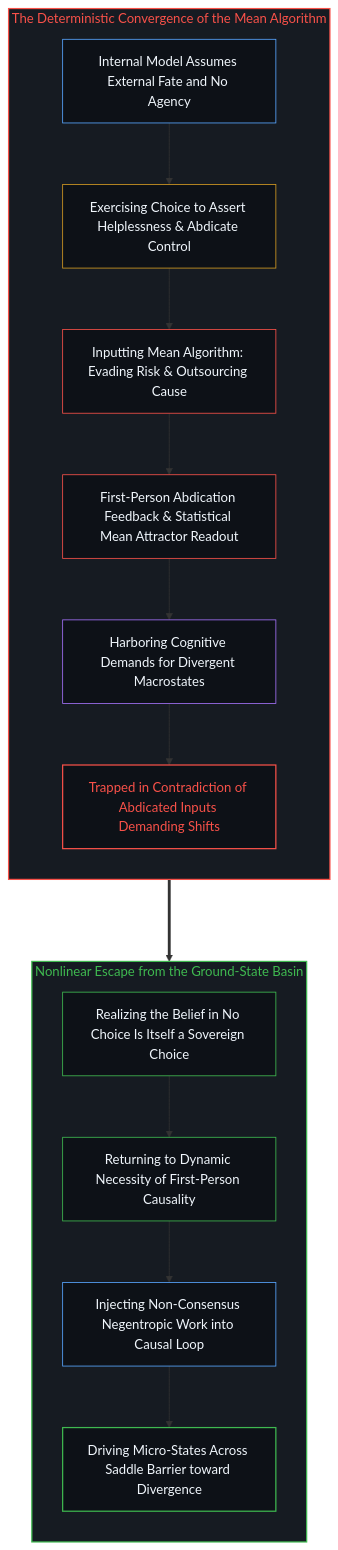
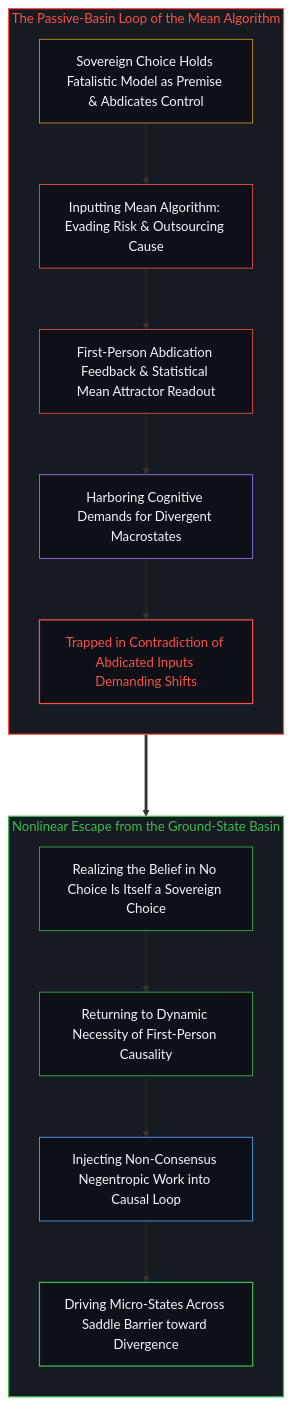
Before and after one commit to powerpig99/not-a-toe: the fourth of 10 diagrams in content/posts/the-explanatory-trap-of-the-ordinary-perspective.md, drawn with Mermaid. The commit also changed other lines of this file and 4 other files, not shown here.

````diff
--- a/content/posts/the-explanatory-trap-of-the-ordinary-perspective.md
+++ b/content/posts/the-explanatory-trap-of-the-ordinary-perspective.md
@@ -122,30 +120,28 @@
 ```mermaid
 flowchart TD
-    subgraph S_MeanAttractor_EN ["The Deterministic Convergence of the Mean Algorithm"]
+    subgraph S_MeanAttractor_EN ["The Passive-Basin Loop of the Mean Algorithm"]
         direction TB
-        ME_Model["Internal Model Assumes External Fate and No Agency"] --> ME_Choice["Exercising Choice to Assert Helplessness & Abdicate Control"]
-        ME_Choice --> ME_Input["Inputting Mean Algorithm: Evading Risk & Outsourcing Cause"]
+        ME_Choice["Sovereign Choice Holds Fatalistic Model as Premise & Abdicates Control"] --> ME_Input["Inputting Mean Algorithm: Evading Risk & Outsourcing Cause"]
         ME_Input --> ME_Attractor["First-Person Abdication Feedback & Statistical Mean Attractor Readout"]
         ME_Attractor --> ME_Desire["Harboring Cognitive Demands for Divergent Macrostates"]
         ME_Desire --> ME_Conflict["Trapped in Contradiction of Abdicated Inputs Demanding Shifts"]
     end
     subgraph S_DivergentEngine_EN ["Nonlinear Escape from the Ground-State Basin"]
         direction TB
         DE_Break["Realizing the Belief in No Choice Is Itself a Sovereign Choice"] --> DE_Reclaim["Returning to Dynamic Necessity of First-Person Causality"]
         DE_Reclaim --> DE_Input["Injecting Non-Consensus Negentropic Work into Causal Loop"]
         DE_Input --> DE_Emerge["Driving Micro-States Across Saddle Barrier toward Divergence"]
     end
     ME_Conflict ===> DE_Break
     style S_MeanAttractor_EN fill:#161b22,stroke:#f85149,stroke-width:1.5px,color:#f85149
     style S_DivergentEngine_EN fill:#161b22,stroke:#3fb950,stroke-width:1.5px,color:#3fb950
-    style ME_Model fill:#0d1117,stroke:#58a6ff,stroke-width:1px,color:#f0f6fc
     style ME_Choice fill:#0d1117,stroke:#d29922,stroke-width:1px,color:#f0f6fc
     style ME_Input fill:#0d1117,stroke:#f85149,stroke-width:1px,color:#f0f6fc
     style ME_Attractor fill:#0d1117,stroke:#f85149,stroke-width:1px,color:#f0f6fc
     style ME_Desire fill:#0d1117,stroke:#a371f7,stroke-width:1px,color:#f0f6fc
     style ME_Conflict fill:#0d1117,stroke:#f85149,stroke-width:1.5px,color:#f85149
     style DE_Break fill:#0d1117,stroke:#3fb950,stroke-width:1px,color:#f0f6fc
     style DE_Reclaim fill:#0d1117,stroke:#3fb950,stroke-width:1px,color:#f0f6fc
     style DE_Input fill:#0d1117,stroke:#58a6ff,stroke-width:1px,color:#f0f6fc
     style DE_Emerge fill:#0d1117,stroke:#3fb950,stroke-width:1.5px,color:#f0f6fc
 ```
````
